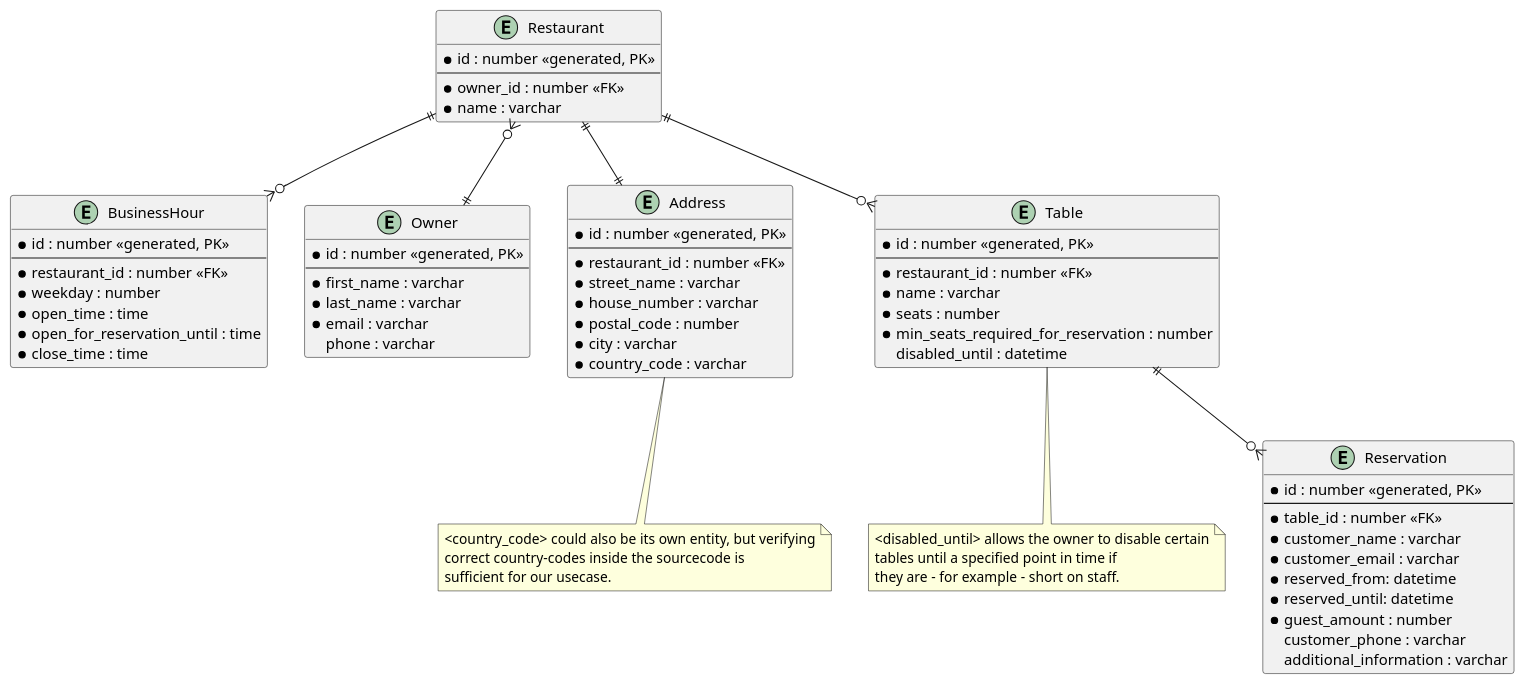
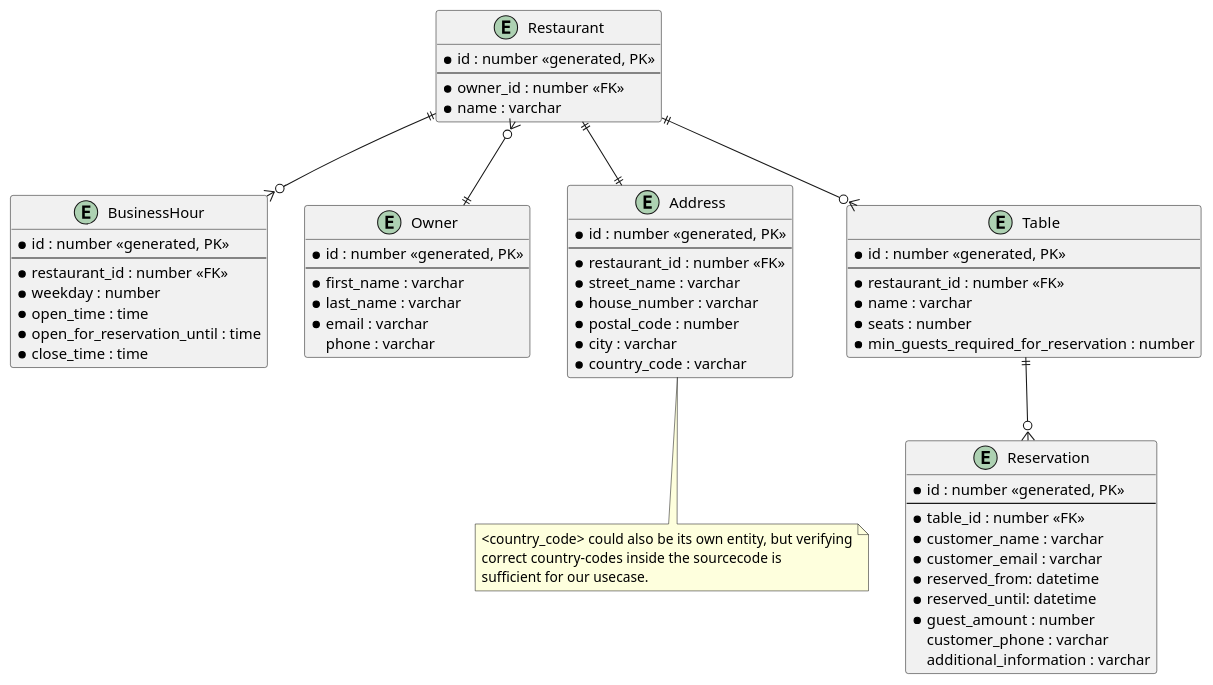
The diagram in doc/database-schema.puml (hm-jtreichel/ReservationAPI), drawn with PlantUML before and after one commit. The commit also changed 15 other files, not shown here.

```diff
--- a/doc/database-schema.puml
+++ b/doc/database-schema.puml
@@ -1,72 +1,70 @@
 @startuml
 
 entity Restaurant {
     * id : number <<generated, PK>>
     --
     * owner_id : number <<FK>>
     * name : varchar
 }
 
 entity BusinessHour {
     * id : number <<generated, PK>>
     --
     * restaurant_id : number <<FK>>
     * weekday : number
     * open_time : time
     * open_for_reservation_until : time
     * close_time : time
 }
 
 entity Owner {
     * id : number <<generated, PK>>
     --
     * first_name : varchar
     * last_name : varchar
     * email : varchar
     phone : varchar
 }
 
 entity Address {
     * id : number <<generated, PK>>
     --
     * restaurant_id : number <<FK>>
     * street_name : varchar
     * house_number : varchar
     * postal_code : number
     * city : varchar
     * country_code : varchar
 }
 note bottom of Address : <country_code> could also be its own entity, but verifying\ncorrect country-codes inside the sourcecode is\nsufficient for our usecase.
 
 entity Table {
     * id : number <<generated, PK>>
     --
     * restaurant_id : number <<FK>>
     * name : varchar
     * seats : number
-    * min_seats_required_for_reservation : number
-    disabled_until : datetime
+    * min_guests_required_for_reservation : number
 }
-note bottom of Table : <disabled_until> allows the owner to disable certain\ntables until a specified point in time if\nthey are - for example - short on staff.
 
 entity Reservation {
     * id : number <<generated, PK>>
     --
     * table_id : number <<FK>>
     * customer_name : varchar
     * customer_email : varchar
     * reserved_from: datetime
     * reserved_until: datetime
     * guest_amount : number
     customer_phone : varchar
     additional_information : varchar
 }
 
 Restaurant }o--|| Owner
 Restaurant ||--o{ BusinessHour
 Restaurant ||--|| Address
 
 Restaurant ||--o{ Table
 Table ||--o{ Reservation
 
 @enduml
```
